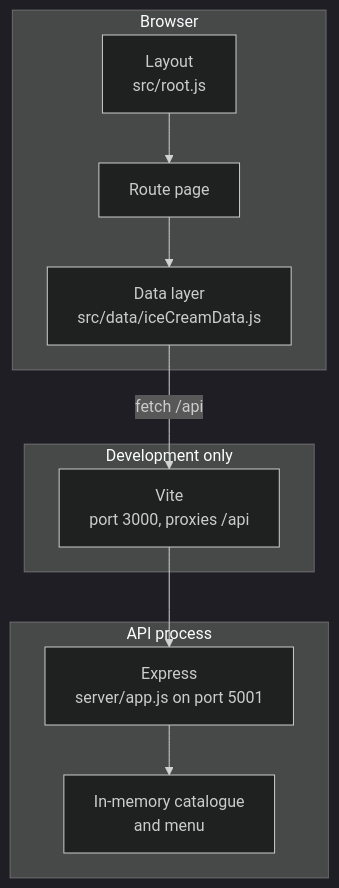
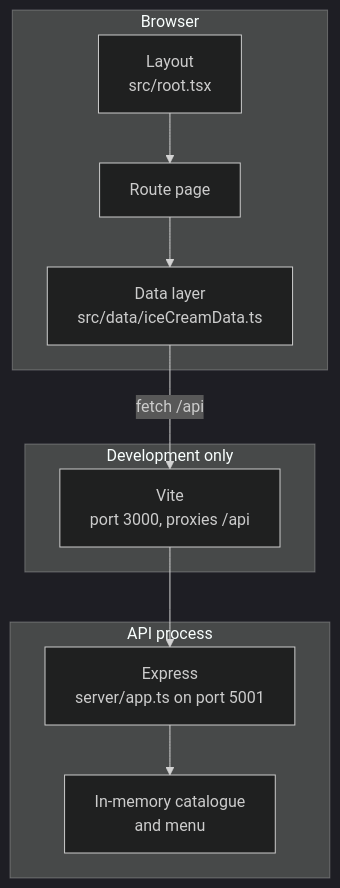
The first of 6 diagrams in docs/architecture.md (SDS37/react-crud-hooks-example), drawn with Mermaid (dark theme) before and after one commit. The commit also changed other lines of this file and 25 other files, not shown here.

````diff
--- a/docs/architecture.md
+++ b/docs/architecture.md
@@ -7,17 +7,17 @@
 ```mermaid
 flowchart TB
   subgraph browser [Browser]
-    Layout["Layout\nsrc/root.js"]
+    Layout["Layout\nsrc/root.tsx"]
     Page["Route page"]
-    Data["Data layer\nsrc/data/iceCreamData.js"]
+    Data["Data layer\nsrc/data/iceCreamData.ts"]
   end
   subgraph dev [Development only]
     Vite["Vite\nport 3000, proxies /api"]
   end
   subgraph api [API process]
-    Express["Express\nserver/app.js on port 5001"]
+    Express["Express\nserver/app.ts on port 5001"]
     Memory["In-memory catalogue\nand menu"]
   end
   Layout --> Page --> Data
   Data -->|"fetch /api"| Vite --> Express --> Memory
 ```
````
